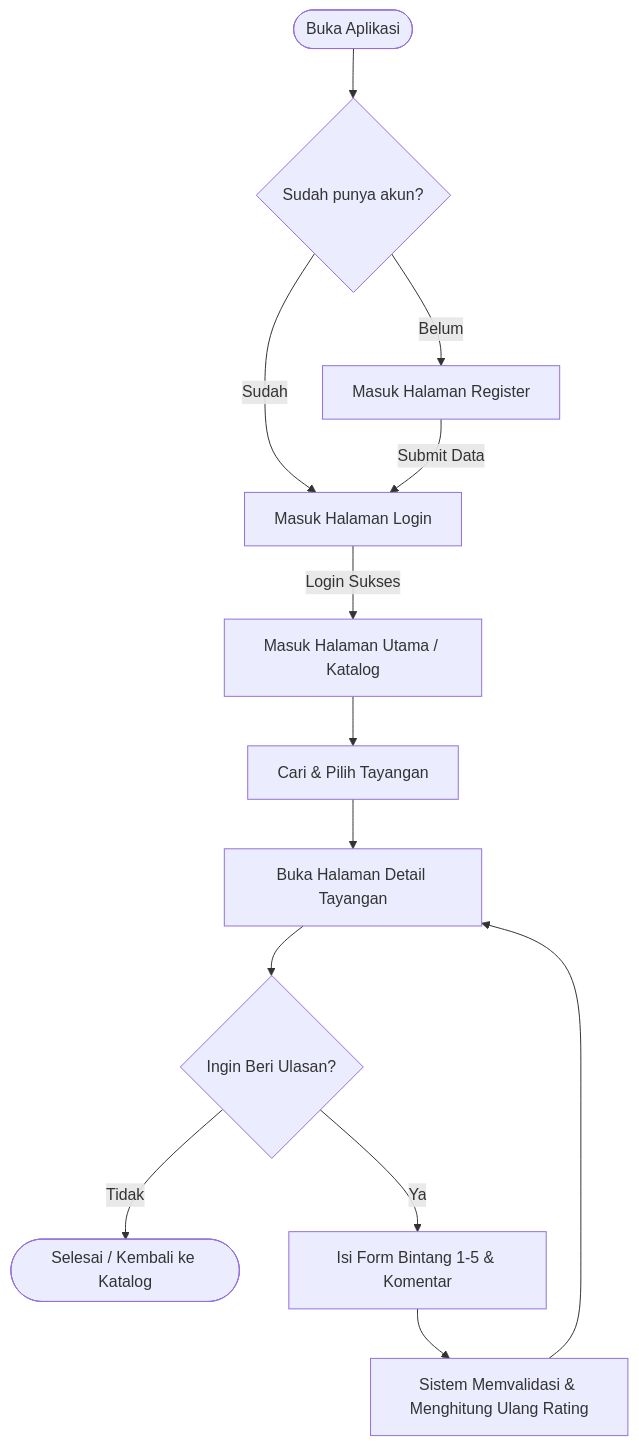
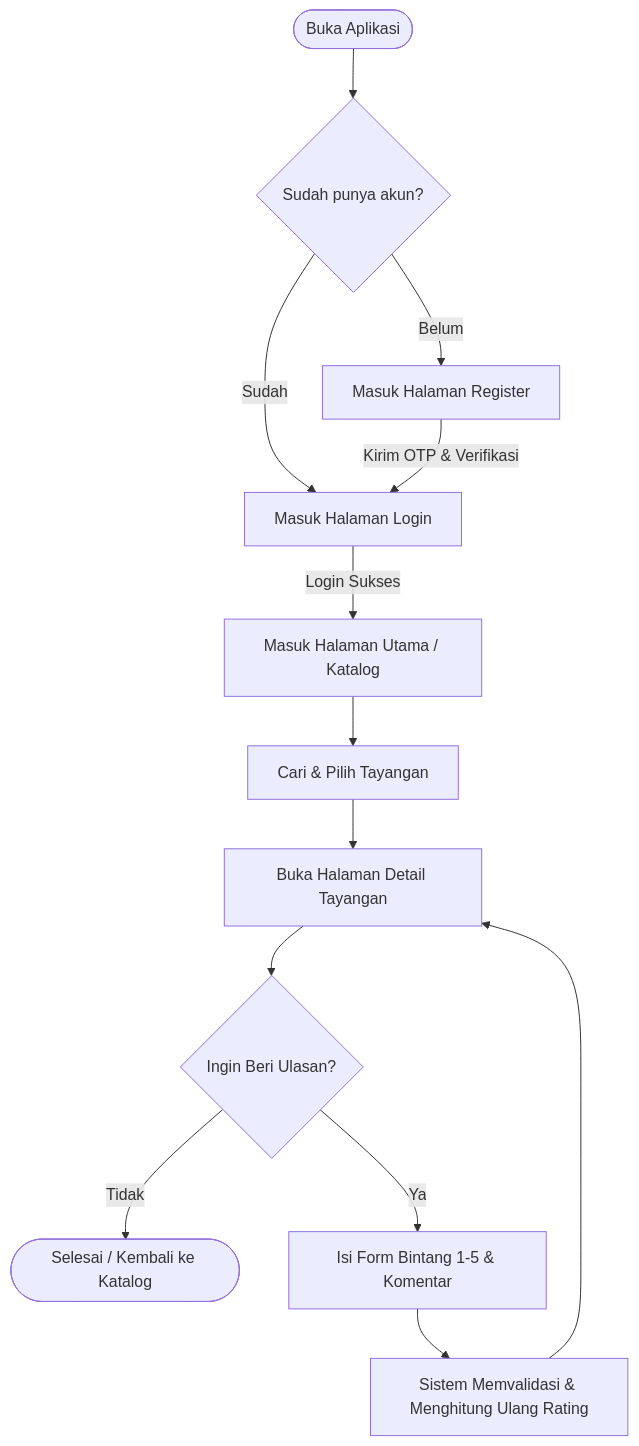
The second of 3 diagrams in README.md (kemalzaki/AbsoluteCinema), drawn with Mermaid before and after one commit. The commit also changed other lines of this file and 3 other files, not shown here.

````diff
--- a/README.md
+++ b/README.md
@@ -67,15 +82,15 @@
 ```mermaid
 flowchart TD
     A([Buka Aplikasi]) --> B{Sudah punya akun?}
     B -- Belum --> C[Masuk Halaman Register]
     B -- Sudah --> D[Masuk Halaman Login]
-    C -->|Submit Data| D
+    C -->|Kirim OTP & Verifikasi| D
     D -->|Login Sukses| E[Masuk Halaman Utama / Katalog]
     E --> F[Cari & Pilih Tayangan]
     F --> G[Buka Halaman Detail Tayangan]
     G --> H{Ingin Beri Ulasan?}
     H -- Tidak --> I([Selesai / Kembali ke Katalog])
     H -- Ya --> J[Isi Form Bintang 1-5 & Komentar]
     J --> K[Sistem Memvalidasi & Menghitung Ulang Rating]
     K --> G
 ```
````
